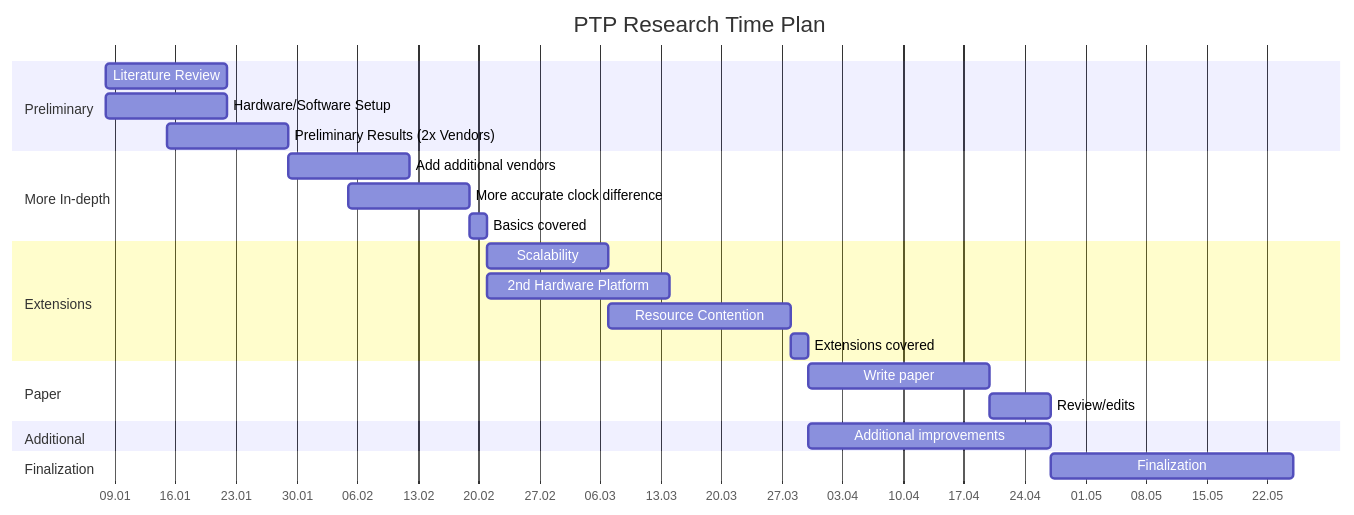
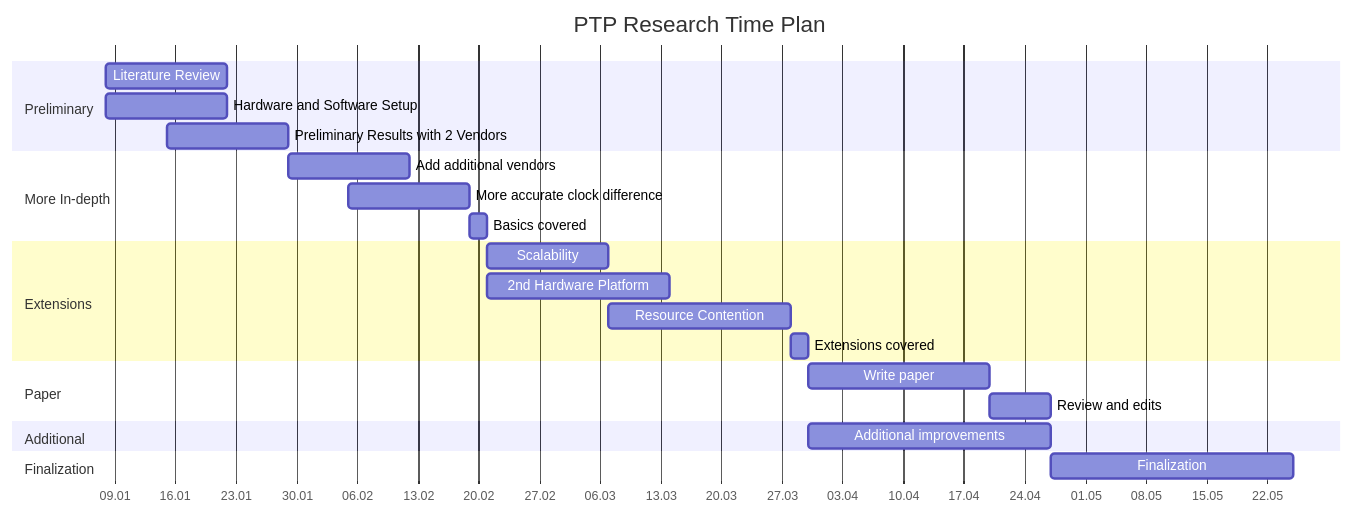
Before and after one commit to caps-tum/EtherTime: the diagram in doc/project/index.md, drawn with Mermaid.

Commit message:
Try to fix markup error on GitHub due to old mermaid version

````diff
--- a/doc/project/index.md
+++ b/doc/project/index.md
@@ -8,33 +8,33 @@
 ```mermaid
 %% Prompt: 6 month time plan from january (Gantt)
 gantt
     dateFormat  YYYY-MM-DD
     axisFormat %d.%m
     title PTP Research Time Plan
     
     section Preliminary
     Literature Review :a1, 2022-01-08, 2w
-    Hardware/Software Setup :a2, 2022-01-08, 2w
-    Preliminary Results (2x Vendors) :a3, 2022-01-15, 2w
+    Hardware and Software Setup :a2, 2022-01-08, 2w
+    Preliminary Results with 2 Vendors :a3, 2022-01-15, 2w
     
     section More In-depth
     Add additional vendors :a4, 2022-01-29, 2w
     More accurate clock difference :a5, 2022-02-05, 2w
     Basics covered :basics, after a5, 2d
     
     section Extensions
     Scalability :scalability, after basics, 2w
     2nd Hardware Platform :2nd-hardware, after basics, 3w
     Resource Contention :contention, after scalability, 3w
     Extensions covered :extensions, after contention, 2d
     
     section Paper
     Write paper: write, after extensions, 3w
-    Review/edits: review, after write, 1w
+    Review and edits: review, after write, 1w
 
     section Additional
     Additional improvements: additional, after extensions, 4w
 
     section Finalization
     Finalization: finalization, after review, 4w
 ```
````
